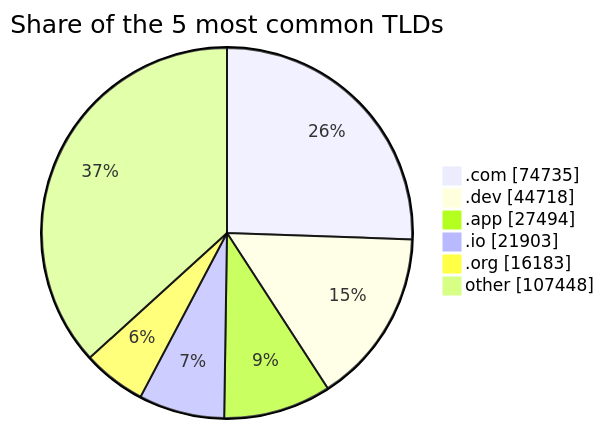
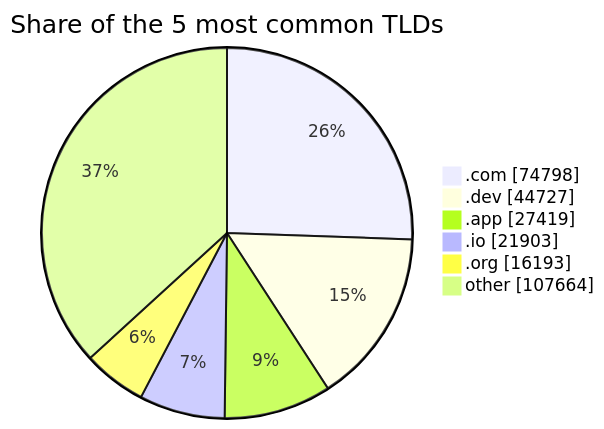
Before and after one commit to DNSBunker/CTI: the third of 3 diagrams in README.md, drawn with Mermaid. The commit also changed other lines of this file and 3 other files, not shown here.

````diff
--- a/README.md
+++ b/README.md
@@ -81,9 +81,9 @@
 ```mermaid
 pie showData title Share of the 5 most common TLDs
-    ".com" : 74735
-    ".dev" : 44718
-    ".app" : 27494
+    ".com" : 74798
+    ".dev" : 44727
+    ".app" : 27419
     ".io" : 21903
-    ".org" : 16183
-    "other" : 107448
+    ".org" : 16193
+    "other" : 107664
 ```
````
